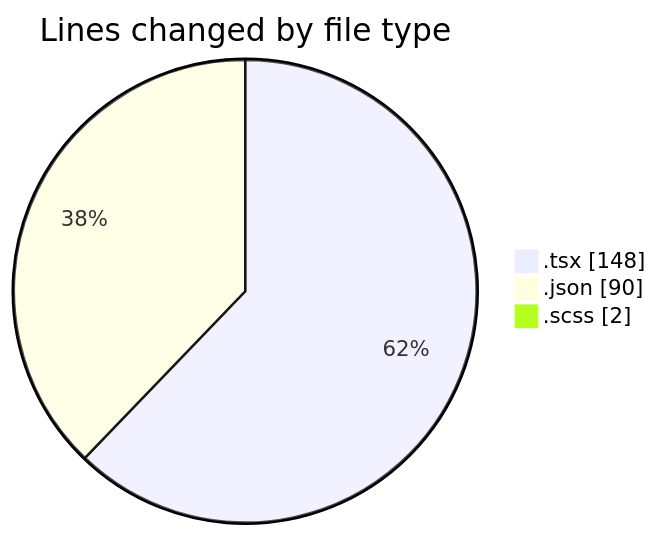
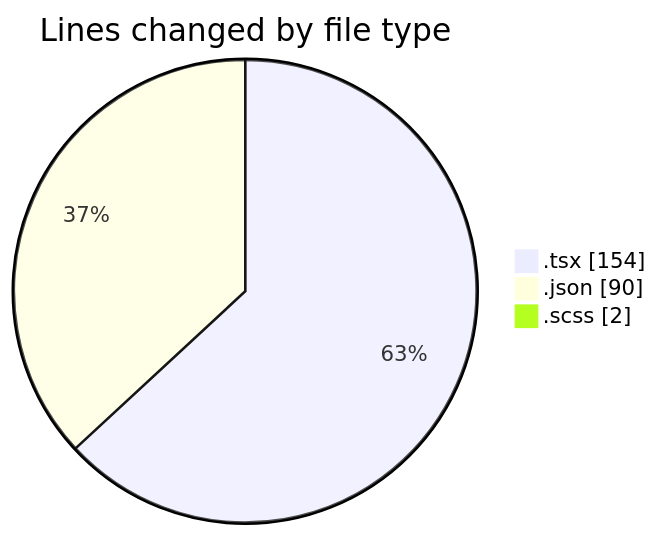
The first of 2 diagrams in 2026-05-13/cda/README.md (momahboobian/code-tracking), drawn with Mermaid before and after one commit. The commit also changed other lines of this file and 1 other file, not shown here.

````diff
--- a/2026-05-13/cda/README.md
+++ b/2026-05-13/cda/README.md
@@ -24,7 +24,7 @@
 ```mermaid
 pie showData
 title Lines changed by file type
-".tsx" : 148
+".tsx" : 154
 ".json" : 90
 ".scss" : 2
 ```
````
